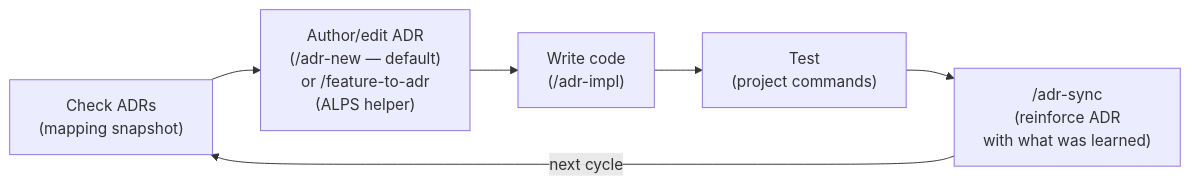
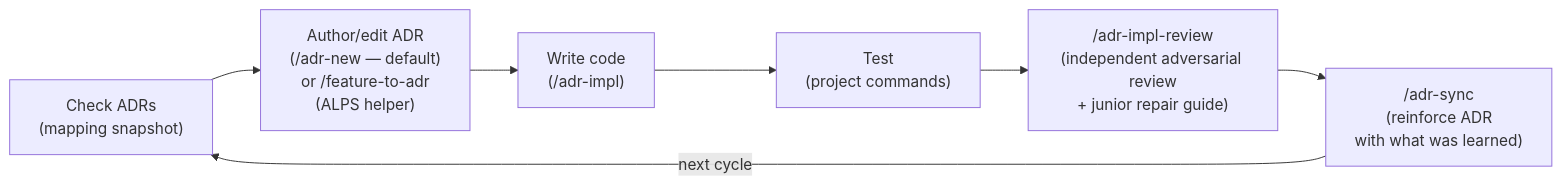
The first of 2 diagrams in docs/usage.md (haandol/alps-writer-mcp), drawn with Mermaid before and after one commit. The commit also changed other lines of this file and 16 other files, not shown here.

Commit message:
feat(adr): add adversarial implementation review reports

````diff
--- a/docs/usage.md
+++ b/docs/usage.md
@@ -9,8 +9,9 @@
 ```mermaid
 flowchart LR
     A["Check ADRs<br/>(mapping snapshot)"] --> B["Author/edit ADR<br/>(/adr-new — default)<br/>or /feature-to-adr<br/>(ALPS helper)"]
     B --> C["Write code<br/>(/adr-impl)"]
     C --> D["Test<br/>(project commands)"]
-    D --> E["/adr-sync<br/>(reinforce ADR<br/>with what was learned)"]
+    D --> R["/adr-impl-review<br/>(independent adversarial review<br/>+ junior repair guide)"]
+    R --> E["/adr-sync<br/>(reinforce ADR<br/>with what was learned)"]
     E -->|next cycle| A
 ```
````
